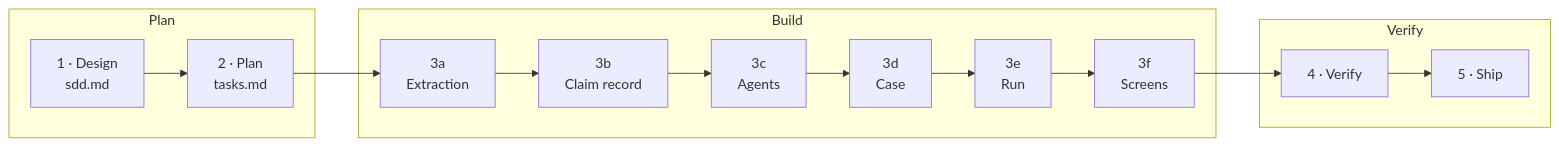
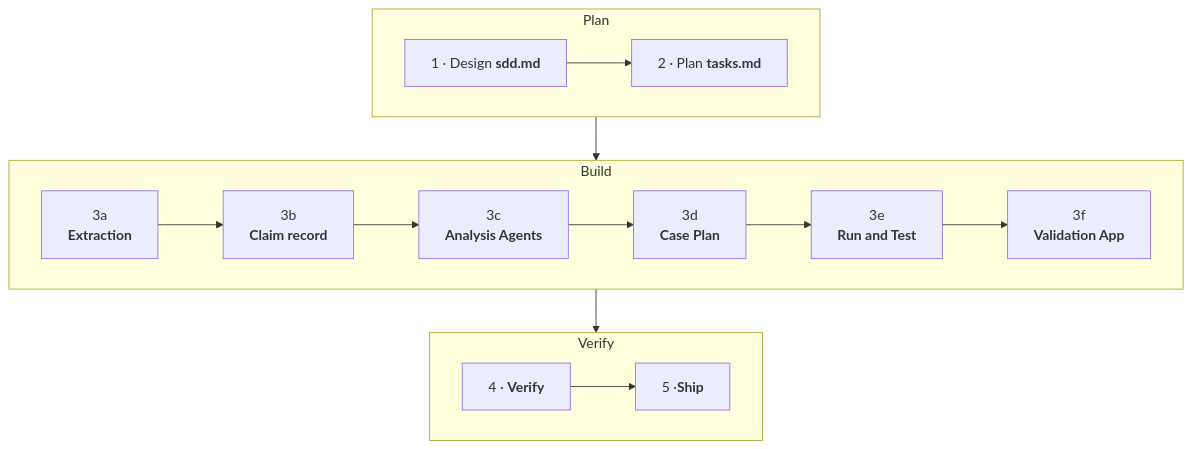
The diagram in docs/prepare/2-how-the-workshop-runs.md (uipath-practice/ClaimCaseWorkshop), drawn with Mermaid before and after one commit. The commit also changed other lines of this file and 21 other files, not shown here.

First line of the commit message:
Content pass 3: Build, Verify and Next Steps written

````diff
--- a/docs/prepare/2-how-the-workshop-runs.md
+++ b/docs/prepare/2-how-the-workshop-runs.md
@@ -9,12 +9,21 @@
 ```mermaid
-flowchart LR
-  subgraph P["Plan"]
-    D["1 · Design<br/>sdd.md"] --> PL["2 · Plan<br/>tasks.md"]
-  end
-  subgraph B["Build"]
-    PL --> A3["3a<br/>Extraction"] --> B3["3b<br/>Claim record"] --> C3["3c<br/>Agents"] --> D3["3d<br/>Case"] --> E3["3e<br/>Run"] --> F3["3f<br/>Screens"]
-  end
-  subgraph V["Verify"]
-    F3 --> V4["4 · Verify"] --> S5["5 · Ship"]
-  end
-```
+flowchart TD
+    subgraph P ["Plan"]
+        direction LR
+        D["1 · Design <b>sdd.md</b>"] --> PL["2 · Plan <b>tasks.md</b>"]
+    end
+
+    subgraph B ["Build"]
+        direction LR
+        A3["3a<br><b>Extraction</b>"] --> B3["3b<br><b>Claim record</b>"] --> C3["3c<br><b>Analysis Agents</b>"] --> D3["3d<br><b>Case Plan</b>"] --> E3["3e<br><b>Run and Test</b>"] --> F3["3f<br><b>Validation App</b>"]
+    end
+
+    subgraph V ["Verify"]
+        direction LR
+        V4["4 · <b>Verify</b>"] --> S5["5 ·<b>Ship</b>"]
+    end
+
+    %% Direct vertical connections between the blocks
+    P --> B
+    B --> V
+```    
````
